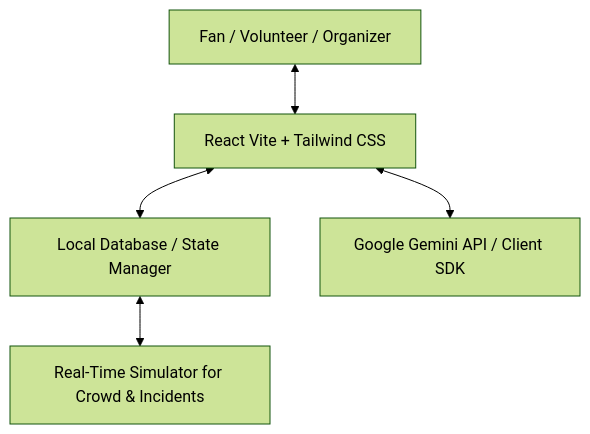
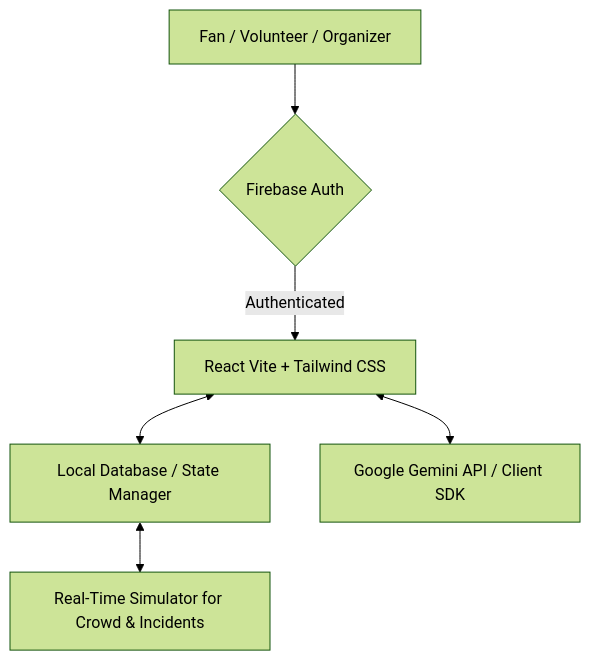
Before and after one commit to vedhavyav/stadium-management: the diagram in trd.md, drawn with Mermaid (forest theme). The commit also changed other lines of this file and 12 other files, not shown here.

````diff
--- a/trd.md
+++ b/trd.md
@@ -9,7 +9,8 @@
 ```mermaid
 graph TD
-    User[Fan / Volunteer / Organizer] <--> Frontend[React Vite + Tailwind CSS]
+    User[Fan / Volunteer / Organizer] --> Auth{Firebase Auth}
+    Auth -->|Authenticated| Frontend[React Vite + Tailwind CSS]
     Frontend <--> StateController[Local Database / State Manager]
     Frontend <--> GeminiAPI[Google Gemini API / Client SDK]
     StateController <--> MockEngine[Real-Time Simulator for Crowd & Incidents]
 ```
````
